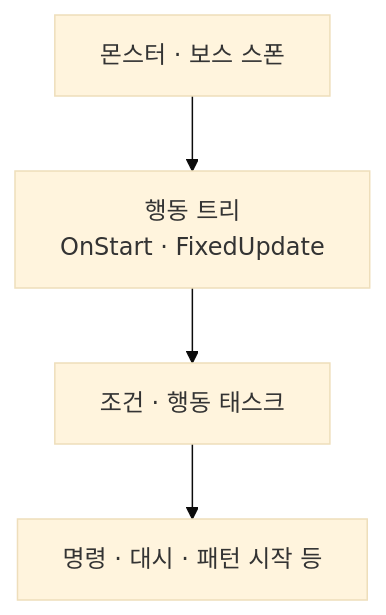
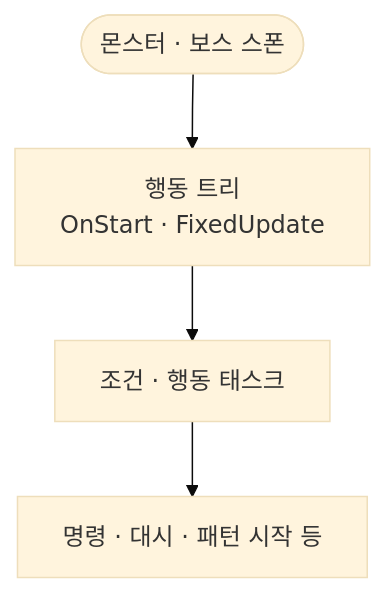
Before and after one commit to monet5379/monet5379.github.io: the diagram in notes/blade-monster-bt-run.md, drawn with Mermaid (base theme). The commit also changed 6 other files, not shown here.

Commit message:
fix(notes): BA 액션·AI Mermaid visual contract

````diff
--- a/notes/blade-monster-bt-run.md
+++ b/notes/blade-monster-bt-run.md
@@ -46,6 +46,7 @@
 ```mermaid
 flowchart TD
-  SP["몬스터 · 보스 스폰"] --> BT["행동 트리<br/>OnStart · FixedUpdate"]
+  SP(["몬스터 · 보스 스폰"])
+  SP --> BT["행동 트리<br/>OnStart · FixedUpdate"]
   BT --> TK["조건 · 행동 태스크"]
   TK --> API["명령 · 대시 · 패턴 시작 등"]
 ```
````
